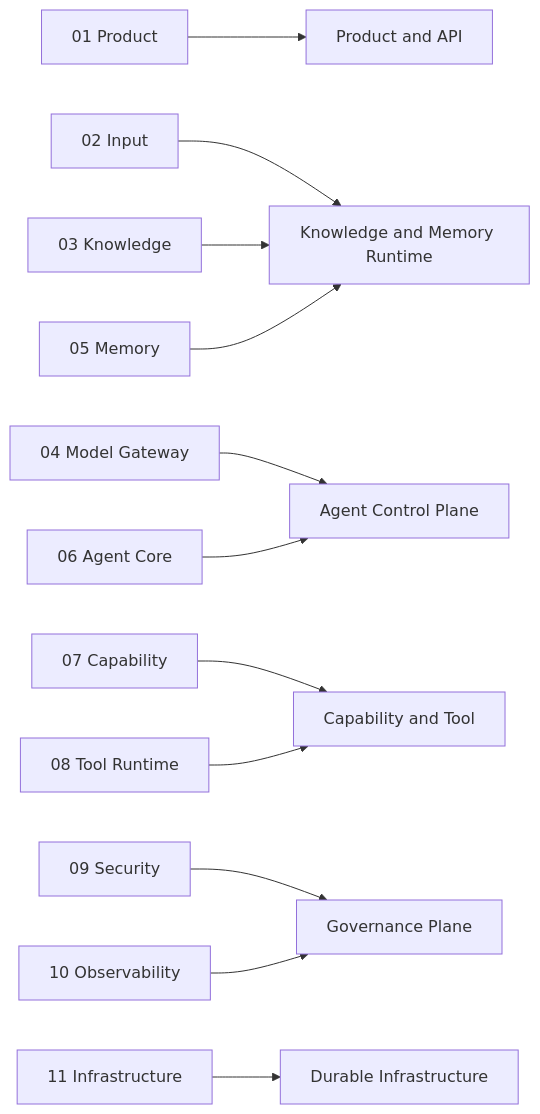
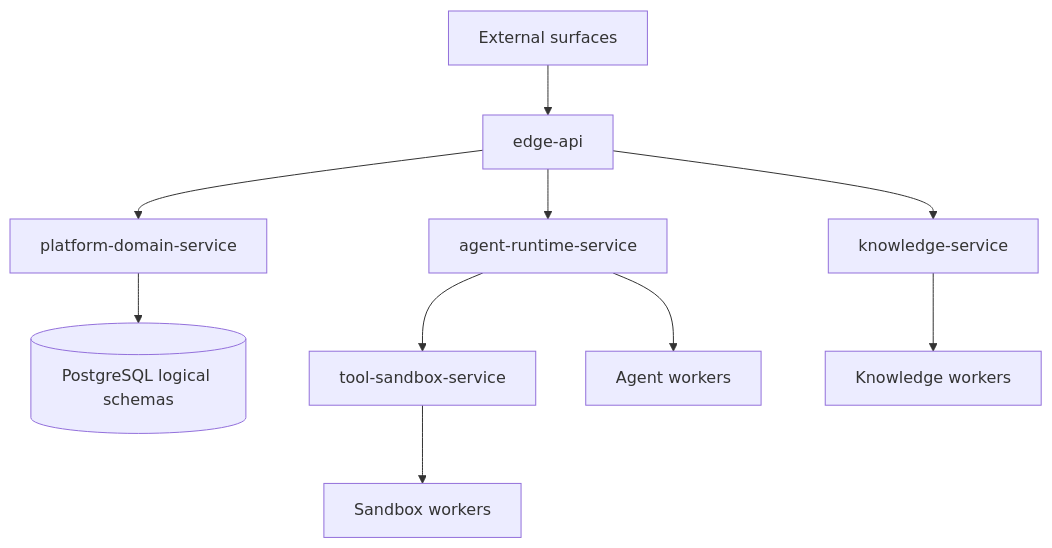
Before and after one commit to ProfessorZhi/Zuno: the ninth of 14 diagrams in docs/project/architecture/architecture-views.md, drawn with Mermaid. The commit also changed other lines of this file and 99 other files, not shown here.

Commit message:
docs: reframe architecture around Python microservices

````diff
--- a/docs/project/architecture/architecture-views.md
+++ b/docs/project/architecture/architecture-views.md
@@ -310,14 +130,12 @@
 ```mermaid
-flowchart LR
-  PS[01 Product] --> PD[Product and API]
-  IN[02 Input] --> KD[Knowledge and Memory Runtime]
-  KN[03 Knowledge] --> KD
-  MM[05 Memory] --> KD
-  MG[04 Model Gateway] --> AC[Agent Control Plane]
-  AG[06 Agent Core] --> AC
-  CP[07 Capability] --> TD[Capability and Tool]
-  TR[08 Tool Runtime] --> TD
-  SEC[09 Security] --> GD[Governance Plane]
-  OBS[10 Observability] --> GD
-  INF[11 Infrastructure] --> ID[Durable Infrastructure]
+flowchart TB
+  CLIENT[External surfaces] --> EDGE[edge-api]
+  EDGE --> PLATFORM[platform-domain-service]
+  EDGE --> AGENT[agent-runtime-service]
+  EDGE --> KNOW[knowledge-service]
+  AGENT --> TOOL[tool-sandbox-service]
+  KNOW --> WK[Knowledge workers]
+  AGENT --> AW[Agent workers]
+  TOOL --> SW[Sandbox workers]
+  PLATFORM --> DB[(PostgreSQL logical schemas)]
 ```
````
